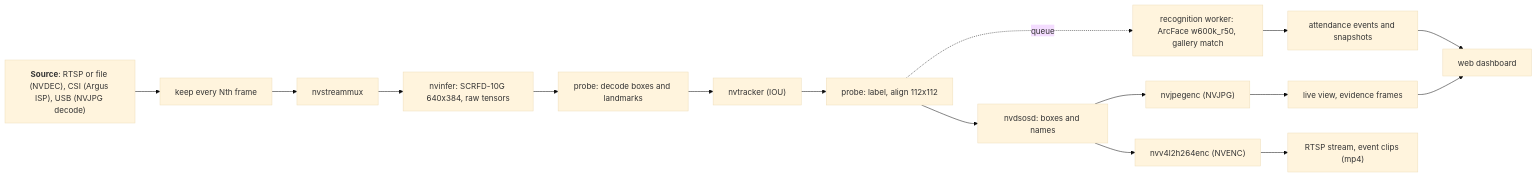
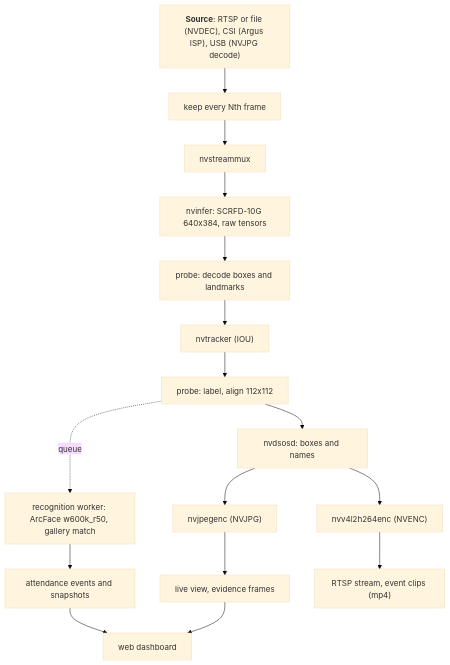
One commit to hamza-aziz-ai/Jetson-Nano-Face-Recognition-Attendance-System changed the diagram in README.md. Above: the diagram before and after it, drawn with Mermaid (base theme).

Commit message:
README: top-down architecture diagram for readability
Claude-Session: https://claude.ai/code/session_01F9DuiPMxANkmFhSbQPDzeX

````diff
--- a/README.md
+++ b/README.md
@@ -38,13 +38,13 @@
 ```mermaid
-flowchart LR
+flowchart TD
   SRC["`**Source**: RTSP or file (NVDEC), CSI (Argus ISP), USB (NVJPG decode)`"] --> DROP["`keep every Nth frame`"]
   DROP --> MUX["`nvstreammux`"] --> DET["`nvinfer: SCRFD-10G 640x384, raw tensors`"]
   DET --> P1["`probe: decode boxes and landmarks`"] --> TRK["`nvtracker (IOU)`"]
   TRK --> P2["`probe: label, align 112x112`"] --> OSD["`nvdsosd: boxes and names`"]
   P2 -. "`queue`" .-> REC["`recognition worker: ArcFace w600k_r50, gallery match`"]
   REC --> LOG["`attendance events and snapshots`"]
   OSD --> JPG["`nvjpegenc (NVJPG)`"] --> LIVE["`live view, evidence frames`"]
   OSD --> ENC["`nvv4l2h264enc (NVENC)`"] --> OUT["`RTSP stream, event clips (mp4)`"]
   LOG --> WEB["`web dashboard`"]
   LIVE --> WEB
 ```
````
